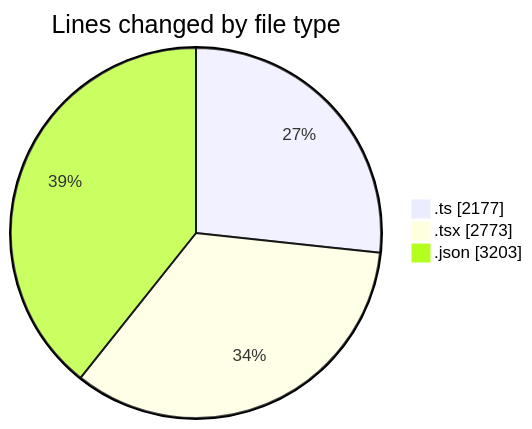
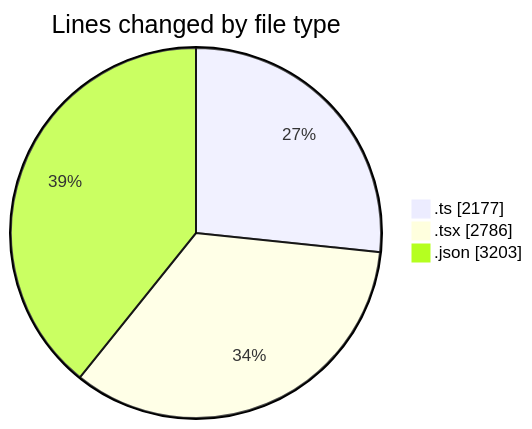
One commit to julien-gomy/code-tracking changed the first of 2 diagrams in 2025-10-23/eventscop-frontend-guide__workspace_/README.md. Above: the diagram before and after it, drawn with Mermaid. The commit also changed other lines of this file and 1 other file, not shown here.

````diff
--- a/2025-10-23/eventscop-frontend-guide__workspace_/README.md
+++ b/2025-10-23/eventscop-frontend-guide__workspace_/README.md
@@ -41,7 +41,7 @@
 ```mermaid
 pie showData
 title Lines changed by file type
 ".ts" : 2177
-".tsx" : 2773
+".tsx" : 2786
 ".json" : 3203
 ```
````
